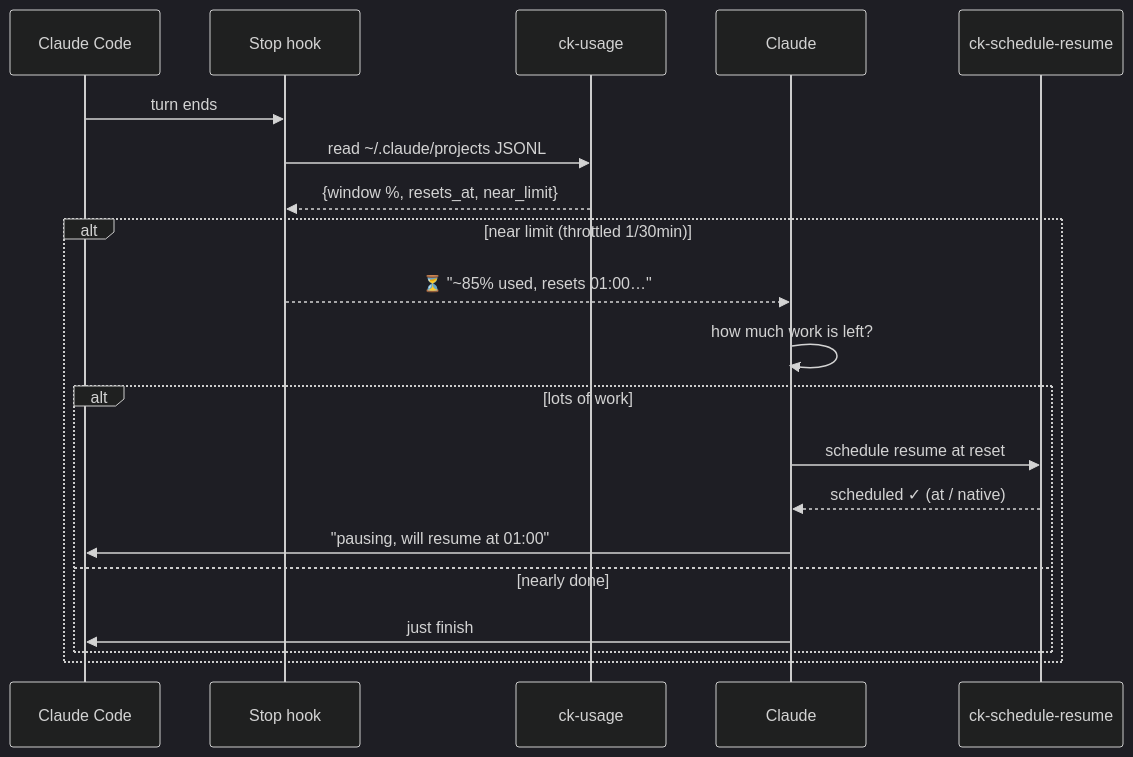
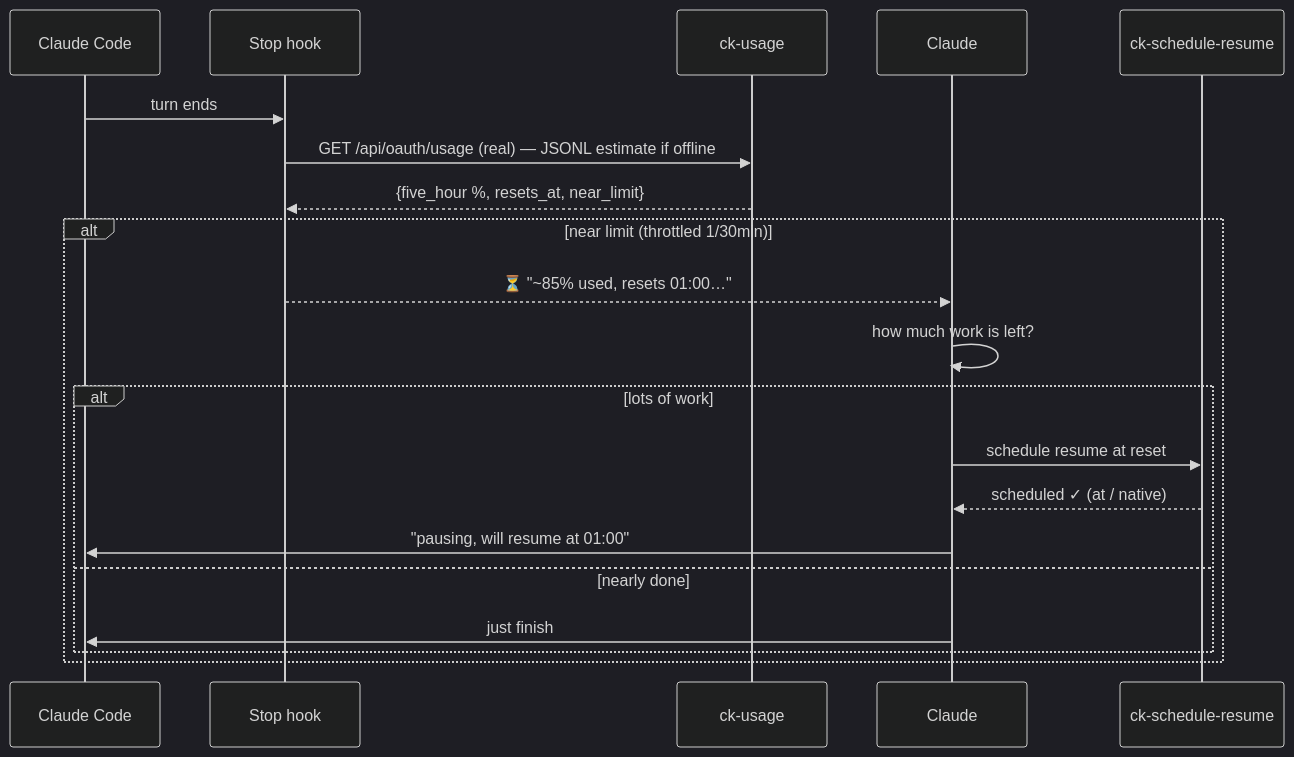
The third of 3 diagrams in README.md (CrazyMan28/claude_knows), drawn with Mermaid (dark theme) before and after one commit. The commit also changed other lines of this file and 6 other files, not shown here.

First line of the commit message:
Real usage via /api/oauth/usage + Linux/macOS installer

````diff
--- a/README.md
+++ b/README.md
@@ -74,23 +74,23 @@
 ```mermaid
 sequenceDiagram
     participant CC as Claude Code
     participant Stop as Stop hook
     participant Usage as ck-usage
     participant Claude
     participant Resume as ck-schedule-resume
 
     CC->>Stop: turn ends
-    Stop->>Usage: read ~/.claude/projects JSONL
-    Usage-->>Stop: {window %, resets_at, near_limit}
+    Stop->>Usage: GET /api/oauth/usage (real) — JSONL estimate if offline
+    Usage-->>Stop: {five_hour %, resets_at, near_limit}
     alt near limit (throttled 1/30min)
         Stop-->>Claude: ⏳ "~85% used, resets 01:00…"
         Claude->>Claude: how much work is left?
         alt lots of work
             Claude->>Resume: schedule resume at reset
             Resume-->>Claude: scheduled ✓ (at / native)
             Claude->>CC: "pausing, will resume at 01:00"
         else nearly done
             Claude->>CC: just finish
         end
     end
 ```
````
